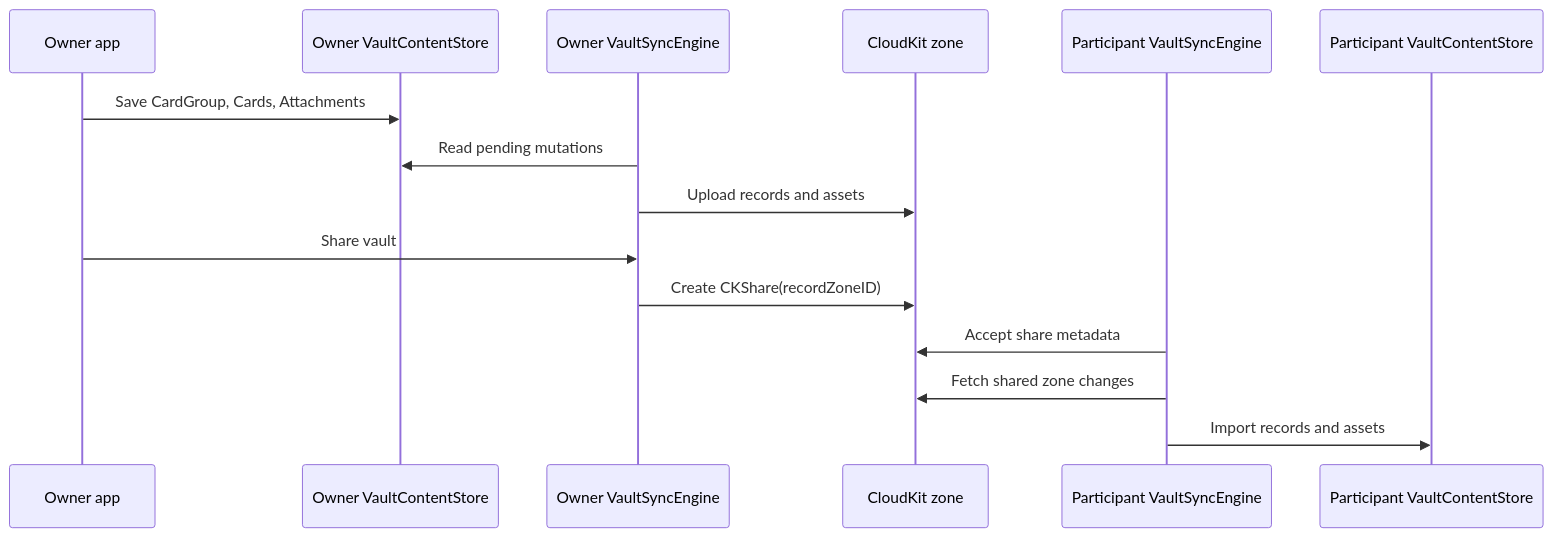
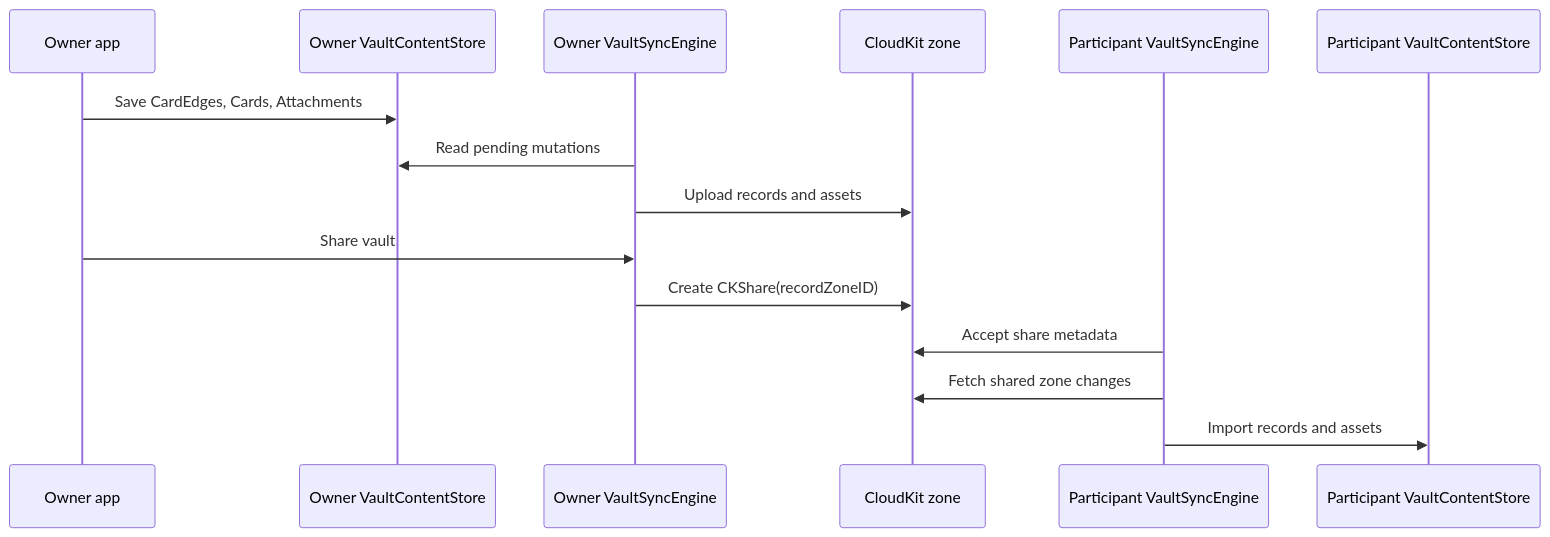
The fourth of 7 diagrams in Apps/Journal/docs/VAULT_SYNC_DESIGN.md (muukii/MuApps), drawn with Mermaid before and after one commit. The commit also changed other lines of this file, not shown here.

````diff
--- a/Apps/Journal/docs/VAULT_SYNC_DESIGN.md
+++ b/Apps/Journal/docs/VAULT_SYNC_DESIGN.md
@@ -175,18 +239,18 @@
 ```mermaid
 sequenceDiagram
   participant OwnerApp as Owner app
   participant OwnerStore as Owner VaultContentStore
   participant OwnerSync as Owner VaultSyncEngine
   participant CloudKit as CloudKit zone
   participant ParticipantSync as Participant VaultSyncEngine
   participant ParticipantStore as Participant VaultContentStore
 
-  OwnerApp->>OwnerStore: Save CardGroup, Cards, Attachments
+  OwnerApp->>OwnerStore: Save CardEdges, Cards, Attachments
   OwnerSync->>OwnerStore: Read pending mutations
   OwnerSync->>CloudKit: Upload records and assets
   OwnerApp->>OwnerSync: Share vault
   OwnerSync->>CloudKit: Create CKShare(recordZoneID)
   ParticipantSync->>CloudKit: Accept share metadata
   ParticipantSync->>CloudKit: Fetch shared zone changes
   ParticipantSync->>ParticipantStore: Import records and assets
 ```
````
